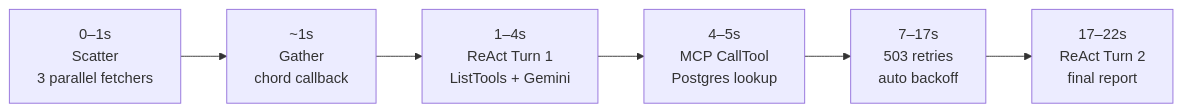
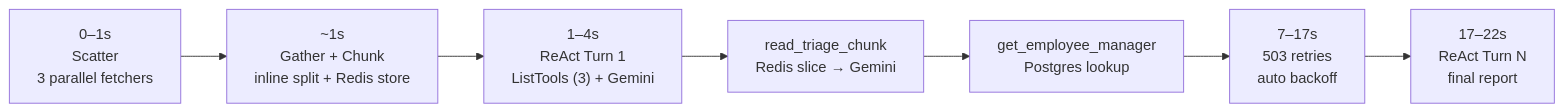
One commit to shoaib2478/workstack changed the second of 4 diagrams in docs/INCIDENT_TRIAGE_AGENT.md. Above: the diagram before and after it, drawn with Mermaid. The commit also changed other lines of this file and 8 other files, not shown here.

Commit message:
Incident triage mcp server with tests using chunking (#11)

````diff
--- a/docs/INCIDENT_TRIAGE_AGENT.md
+++ b/docs/INCIDENT_TRIAGE_AGENT.md
@@ -93,8 +202,9 @@
 ```mermaid
 flowchart LR
-    A["0–1s<br/>Scatter<br/>3 parallel fetchers"] --> B["~1s<br/>Gather<br/>chord callback"]
-    B --> C["1–4s<br/>ReAct Turn 1<br/>ListTools + Gemini"]
-    C --> D["4–5s<br/>MCP CallTool<br/>Postgres lookup"]
-    D --> E["7–17s<br/>503 retries<br/>auto backoff"]
-    E --> F["17–22s<br/>ReAct Turn 2<br/>final report"]
+    A["0–1s<br/>Scatter<br/>3 parallel fetchers"] --> B["~1s<br/>Gather + Chunk<br/>inline split + Redis store"]
+    B --> C["1–4s<br/>ReAct Turn 1<br/>ListTools (3) + Gemini"]
+    C --> D1["read_triage_chunk<br/>Redis slice → Gemini"]
+    D1 --> D2["get_employee_manager<br/>Postgres lookup"]
+    D2 --> E["7–17s<br/>503 retries<br/>auto backoff"]
+    E --> F["17–22s<br/>ReAct Turn N<br/>final report"]
 ```
````
